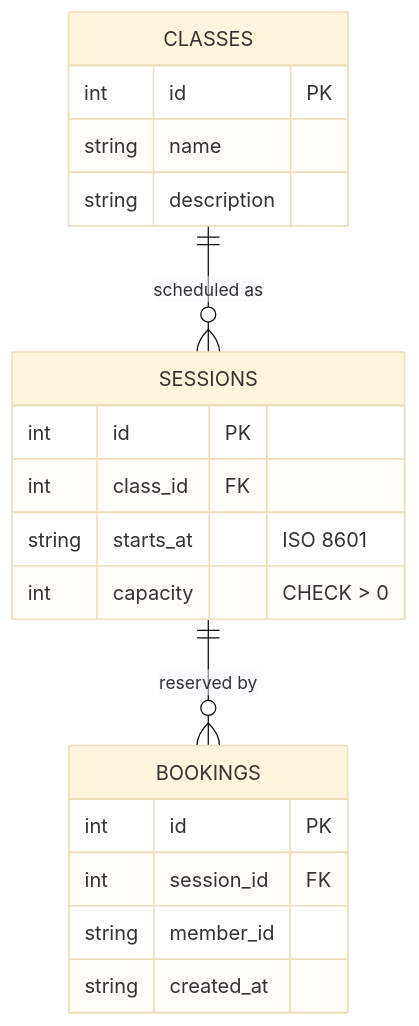
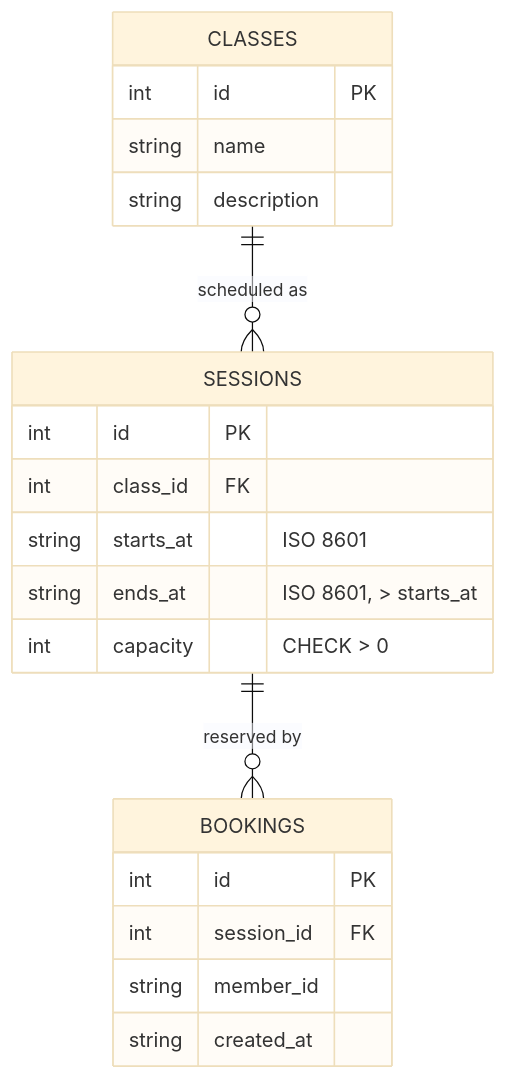
Before and after one commit to alexander-solomkin-sigma-software/workshop-gym-booking: the diagram in docs/Architectural/Design/gym-booking-design.md, drawn with Mermaid (base theme). The commit also changed other lines of this file and 4 other files, not shown here.

````diff
--- a/docs/Architectural/Design/gym-booking-design.md
+++ b/docs/Architectural/Design/gym-booking-design.md
@@ -26,22 +27,23 @@
 ```mermaid
 erDiagram
     CLASSES ||--o{ SESSIONS : "scheduled as"
     SESSIONS ||--o{ BOOKINGS : "reserved by"
     CLASSES {
         int    id PK
         string name
         string description
     }
     SESSIONS {
         int    id PK
         int    class_id FK
         string starts_at "ISO 8601"
+        string ends_at   "ISO 8601, > starts_at"
         int    capacity  "CHECK > 0"
     }
     BOOKINGS {
         int    id PK
         int    session_id FK
         string member_id
         string created_at
     }
 ```
````
